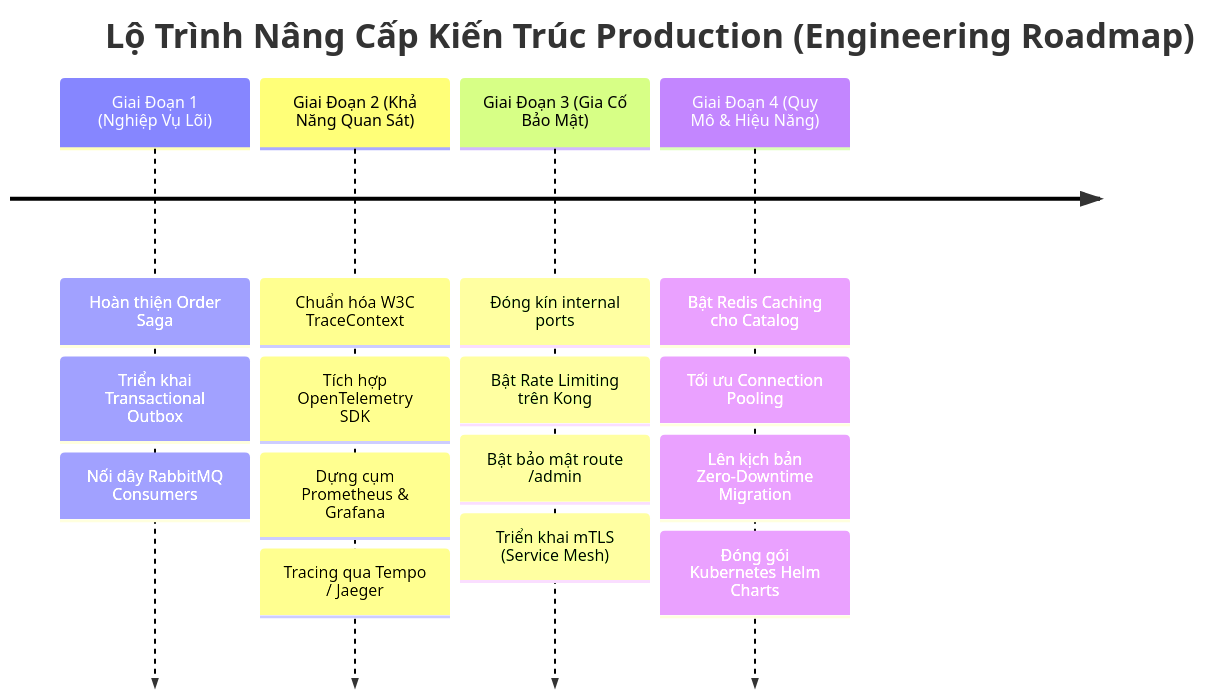
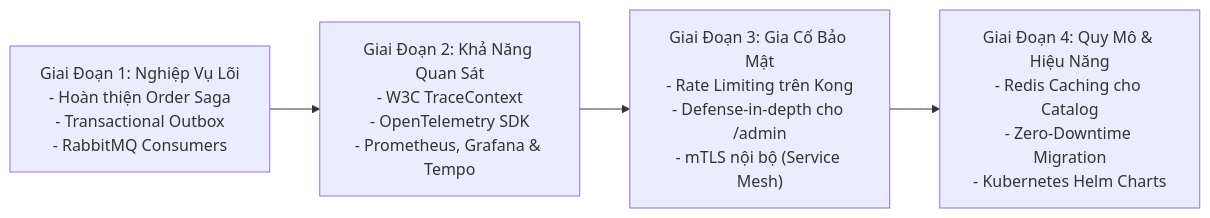
One commit to tuoitho/dreamshop changed the second of 2 diagrams in docs/architecture-evaluation/06-so-sanh-thuc-te-lo-hong-va-lo-trinh-senior.md. Above: the diagram before and after it, drawn with Mermaid. The commit also changed other lines of this file and 40 other files, not shown here.

````diff
--- a/docs/architecture-evaluation/06-so-sanh-thuc-te-lo-hong-va-lo-trinh-senior.md
+++ b/docs/architecture-evaluation/06-so-sanh-thuc-te-lo-hong-va-lo-trinh-senior.md
@@ -63,8 +63,6 @@
 ```mermaid
-timeline
-    title Lộ Trình Nâng Cấp Kiến Trúc Production (Engineering Roadmap)
-    Giai Đoạn 1 (Nghiệp Vụ Lõi) : Hoàn thiện Order Saga : Triển khai Transactional Outbox : Nối dây RabbitMQ Consumers
-    Giai Đoạn 2 (Khả Năng Quan Sát) : Chuẩn hóa W3C TraceContext : Tích hợp OpenTelemetry SDK : Dựng cụm Prometheus & Grafana : Tracing qua Tempo / Jaeger
-    Giai Đoạn 3 (Gia Cố Bảo Mật) : Đóng kín internal ports : Bật Rate Limiting trên Kong : Bật bảo mật route /admin : Triển khai mTLS (Service Mesh)
-    Giai Đoạn 4 (Quy Mô & Hiệu Năng) : Bật Redis Caching cho Catalog : Tối ưu Connection Pooling : Lên kịch bản Zero-Downtime Migration : Đóng gói Kubernetes Helm Charts
+flowchart LR
+    P1["Giai Đoạn 1: Nghiệp Vụ Lõi\n- Hoàn thiện Order Saga\n- Transactional Outbox\n- RabbitMQ Consumers"] --> P2["Giai Đoạn 2: Khả Năng Quan Sát\n- W3C TraceContext\n- OpenTelemetry SDK\n- Prometheus, Grafana & Tempo"]
+    P2 --> P3["Giai Đoạn 3: Gia Cố Bảo Mật\n- Rate Limiting trên Kong\n- Defense-in-depth cho /admin\n- mTLS nội bộ (Service Mesh)"]
+    P3 --> P4["Giai Đoạn 4: Quy Mô & Hiệu Năng\n- Redis Caching cho Catalog\n- Zero-Downtime Migration\n- Kubernetes Helm Charts"]
 ```
````
